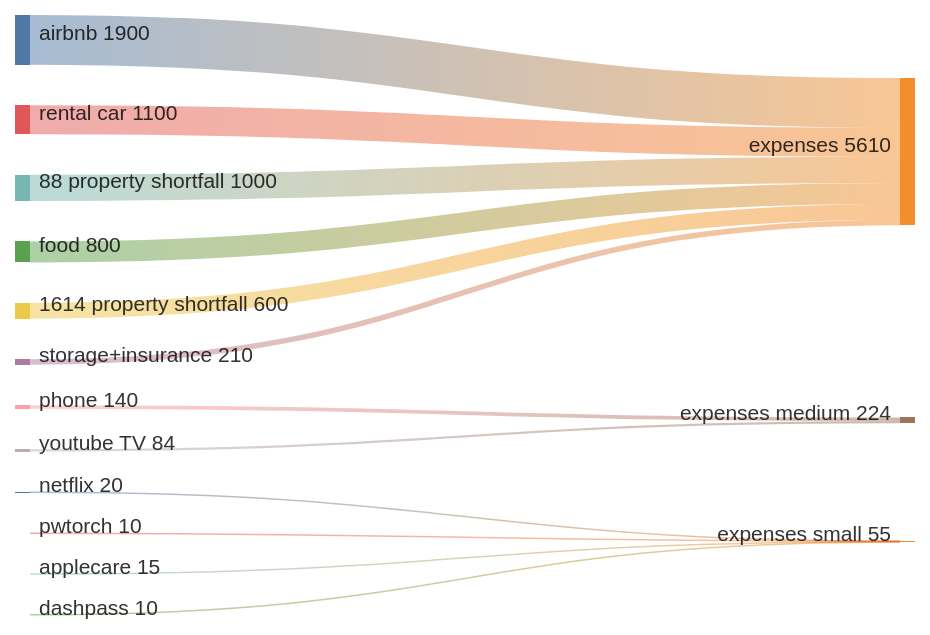
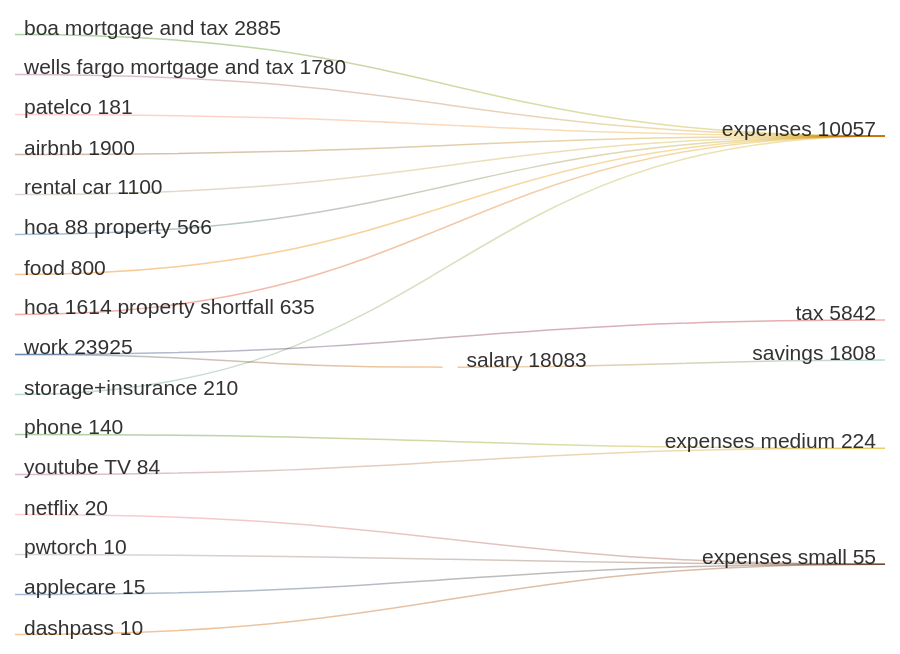
One commit to sarnobat/mermaid changed the second of 9 diagrams in README.md. Above: the diagram before and after it, drawn with Mermaid.

Commit message:
Modify sankey-beta data in README.md
Updated sankey-beta data entries in README.

````diff
--- a/README.md
+++ b/README.md
@@ -114,20 +114,26 @@
 ```mermaid
 ---
 config:
   sankey:
     showValues: true
 ---
 sankey-beta
+work,salary,18083
+work,tax,5842
+salary,savings,1808
+boa mortgage and tax,expenses,2885
+wells fargo mortgage and tax,expenses,1780
+patelco,expenses,181
 airbnb,expenses,1900
 rental car,expenses,1100
-88 property shortfall,expenses,1000
+hoa 88 property,expenses,566
 food,expenses,800
-1614 property shortfall,expenses,600
+hoa 1614 property shortfall,expenses,635
 storage+insurance,expenses,210
 phone,expenses medium,140
 youtube TV,expenses medium,84
 netflix,expenses small,20
 pwtorch,expenses small,10
 applecare,expenses small,15
 dashpass,expenses small,10
 ```
````
